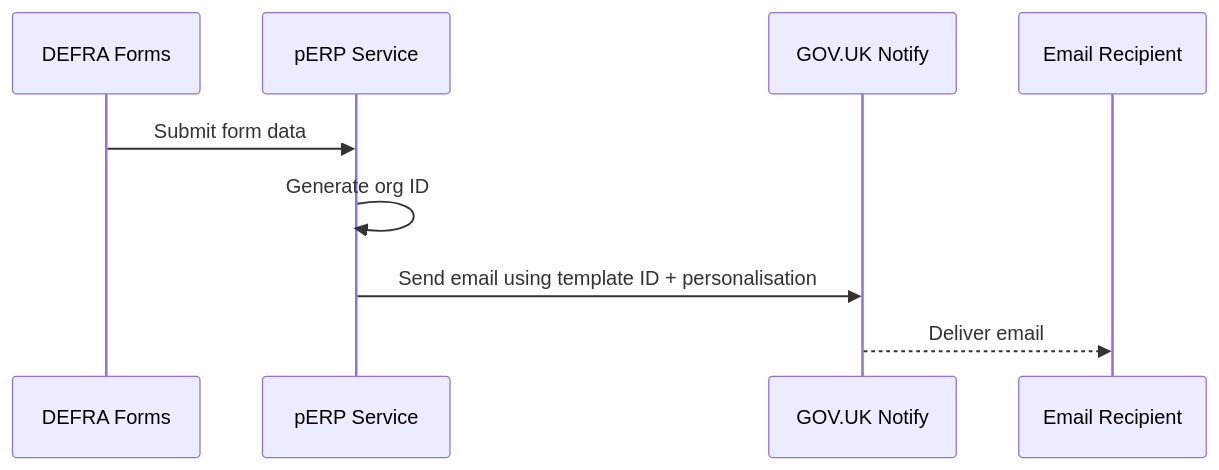
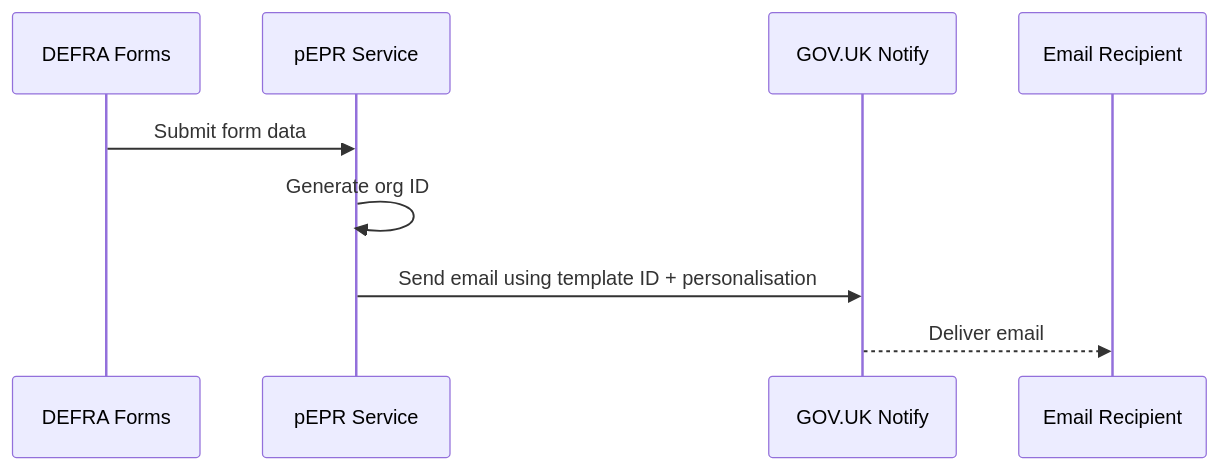
One commit to DEFRA/epr-backend changed the diagram in CONTRIBUTING.md. Above: the diagram before and after it, drawn with Mermaid. The commit also changed other lines of this file, not shown here.

````diff
--- a/CONTRIBUTING.md
+++ b/CONTRIBUTING.md
@@ -699,12 +699,12 @@
 ```mermaid
 sequenceDiagram
     participant DEFRA_Forms as DEFRA Forms
-    participant pERP as pERP Service
+    participant pEPR as pEPR Service
     participant GOVUK as GOV.UK Notify
     participant User as Email Recipient
 
-    DEFRA_Forms->>pERP: Submit form data
-    pERP->>pERP: Generate org ID
-    pERP->>GOVUK: Send email using template ID + personalisation
+    DEFRA_Forms->>pEPR: Submit form data
+    pEPR->>pEPR: Generate org ID
+    pEPR->>GOVUK: Send email using template ID + personalisation
     GOVUK-->>User: Deliver email
 ```
````
